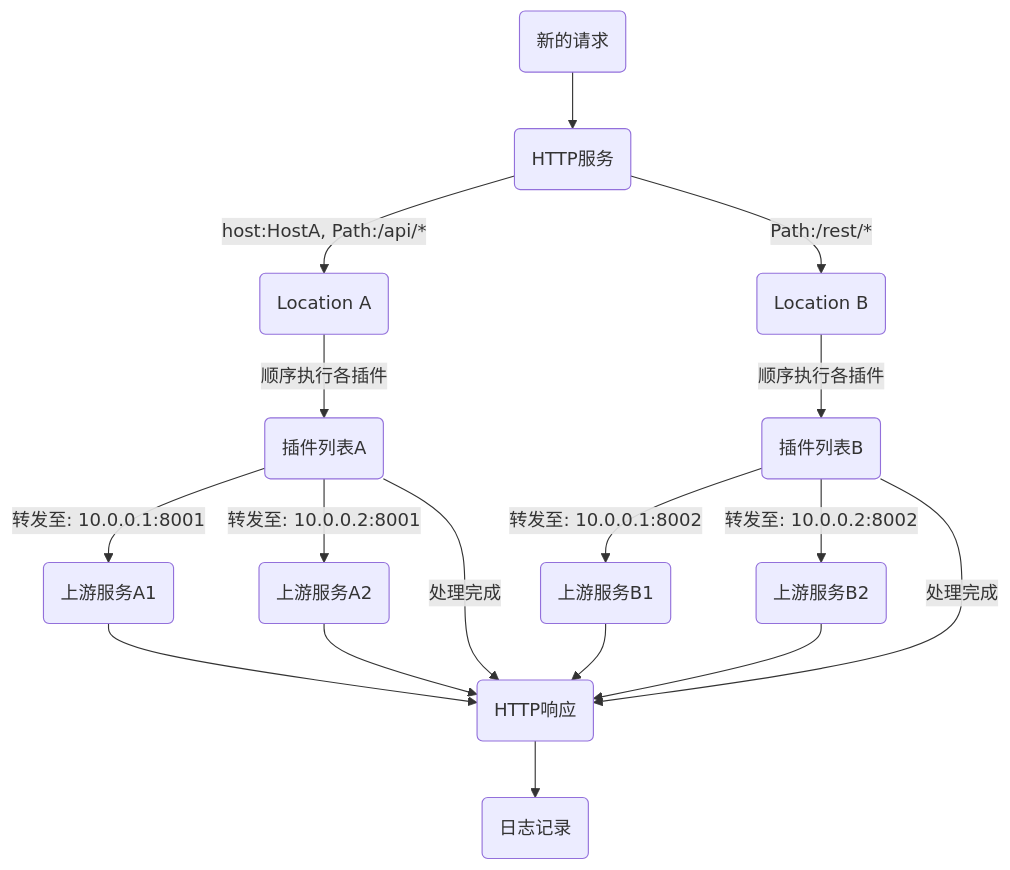
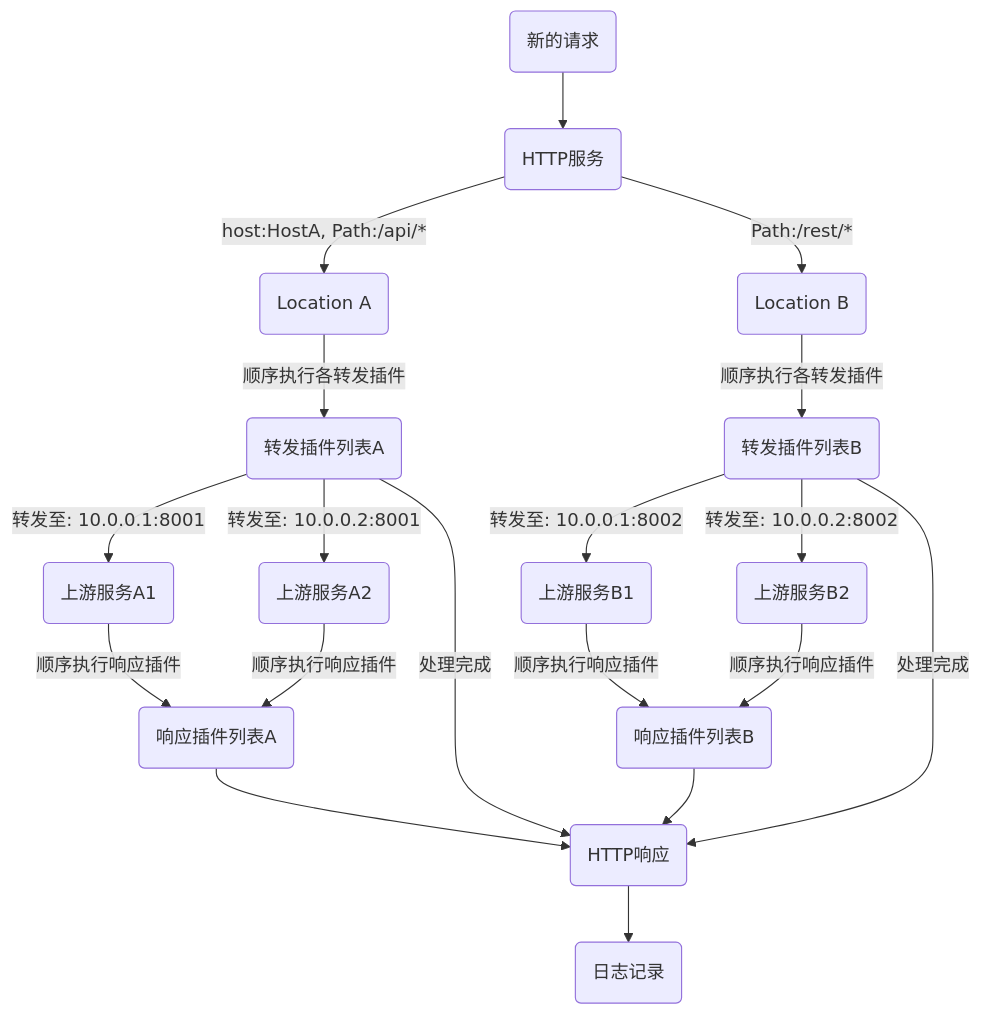
One commit to vicanso/pingap changed the diagram in docs/phase_chart_zh.md. Above: the diagram before and after it, drawn with Mermaid. The commit also changed 23 other files, not shown here.

````diff
--- a/docs/phase_chart_zh.md
+++ b/docs/phase_chart_zh.md
@@ -5,26 +5,47 @@
 ```mermaid
 graph TD;
-    start("新的请求")-->server("HTTP服务");
+    server("HTTP服务");
+    locationA("Location A");
+    locationB("Location B");
+    locationPluginListA("转发插件列表A");
+    locationPluginListB("转发插件列表B");
+    upstreamA1("上游服务A1");
+    upstreamA2("上游服务A2");
+    upstreamB1("上游服务B1");
+    upstreamB2("上游服务B2");
+    locationResponsePluginListA("响应插件列表A");
+    locationResponsePluginListB("响应插件列表B");
 
-    server -- "host:HostA, Path:/api/*" --> locationA("Location A")
+    start("新的请求") --> server
 
-    server -- "Path:/rest/*"--> locationB("Location B")
+    server -- "host:HostA, Path:/api/*" --> locationA
 
-    locationA -- "顺序执行各插件" --> locationPluginListA("插件列表A")
+    server -- "Path:/rest/*"--> locationB
 
-    locationB -- "顺序执行各插件" --> locationPluginListB("插件列表B")
+    locationA -- "顺序执行各转发插件" --> locationPluginListA
 
-    locationPluginListA -- "转发至: 10.0.0.1:8001" --> upstreamA1("上游服务A1") --> response
+    locationB -- "顺序执行各转发插件" --> locationPluginListB
 
-    locationPluginListA -- "转发至: 10.0.0.2:8001" --> upstreamA2("上游服务A2") --> response
+    locationPluginListA -- "转发至: 10.0.0.1:8001" --> upstreamA1
+
+    locationPluginListA -- "转发至: 10.0.0.2:8001" --> upstreamA2
 
     locationPluginListA -- "处理完成" --> response
 
-    locationPluginListB -- "转发至: 10.0.0.1:8002" --> upstreamB1("上游服务B1") --> response
+    locationPluginListB -- "转发至: 10.0.0.1:8002" --> upstreamB1
 
-    locationPluginListB -- "转发至: 10.0.0.2:8002" --> upstreamB2("上游服务B2") --> response
+    locationPluginListB -- "转发至: 10.0.0.2:8002" --> upstreamB2
 
     locationPluginListB -- "处理完成" --> response
 
+    upstreamA1 -- "顺序执行响应插件" --> locationResponsePluginListA
+    upstreamA2 -- "顺序执行响应插件" --> locationResponsePluginListA
+
+    upstreamB1 -- "顺序执行响应插件" --> locationResponsePluginListB
+    upstreamB2 -- "顺序执行响应插件" --> locationResponsePluginListB
+
+    locationResponsePluginListA --> response
+    locationResponsePluginListB --> response
+
     response("HTTP响应") --> stop("日志记录");
 ```
````
